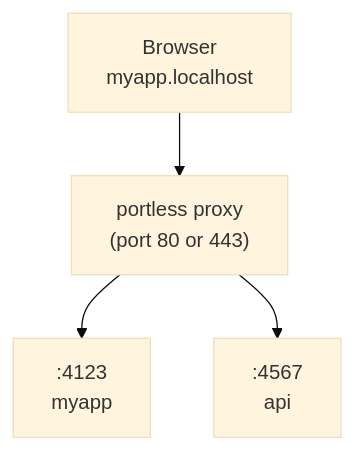
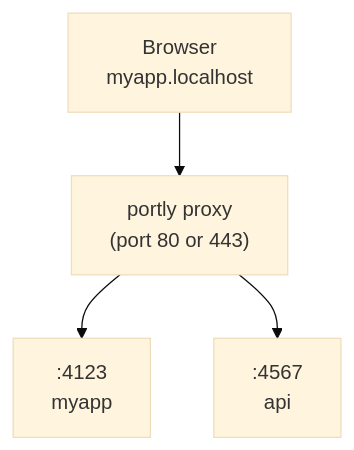
One commit to guthyerrz/portly changed the diagram in README.md. Above: the diagram before and after it, drawn with Mermaid (base theme). The commit also changed other lines of this file and 87 other files, not shown here.

First line of the commit message:
chore: rename portless -> portly

````diff
--- a/README.md
+++ b/README.md
@@ -217,11 +217,11 @@
 ```mermaid
 flowchart TD
     Browser["Browser<br>myapp.localhost"]
-    Proxy["portless proxy<br>(port 80 or 443)"]
+    Proxy["portly proxy<br>(port 80 or 443)"]
     App1[":4123<br>myapp"]
     App2[":4567<br>api"]
 
     Browser --> Proxy
     Proxy --> App1
     Proxy --> App2
 ```
````
